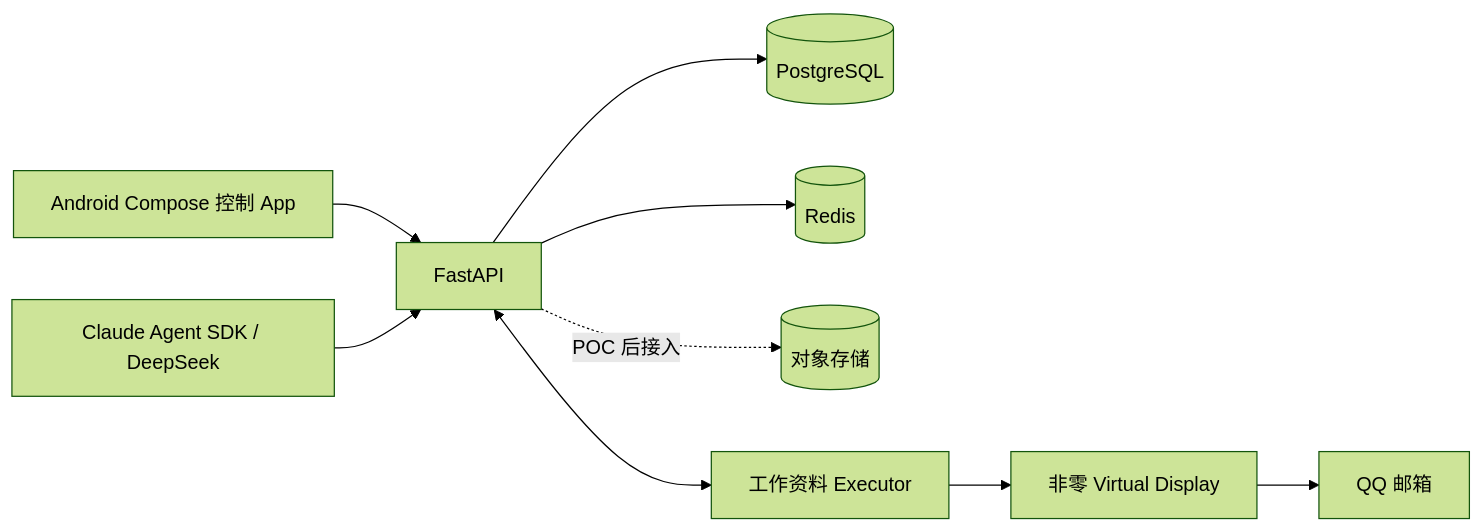
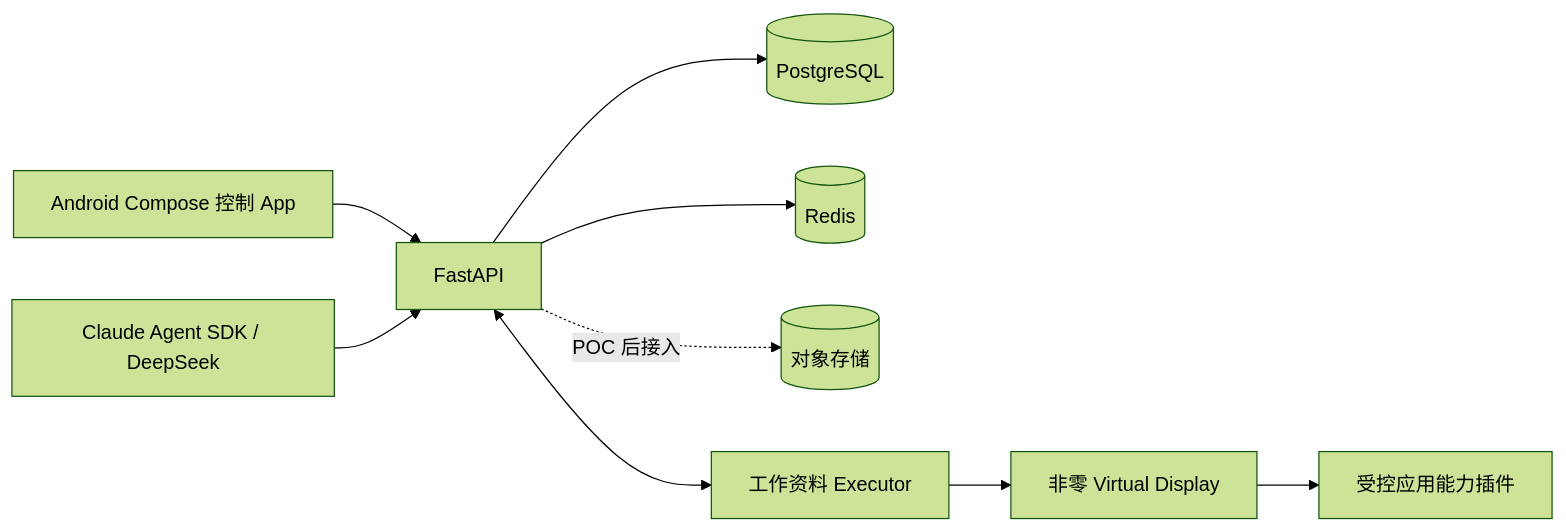
One commit to MoreThanBlueast/my-jevis changed the diagram in README.md. Above: the diagram before and after it, drawn with Mermaid (forest theme). The commit also changed other lines of this file and 41 other files, not shown here.

Commit message:
feat: add generic isolated task executor flow

````diff
--- a/README.md
+++ b/README.md
@@ -5,11 +5,11 @@
 ```mermaid
 flowchart LR
   App[Android Compose 控制 App] --> API[FastAPI]
   API --> PG[(PostgreSQL)]
   API --> Redis[(Redis)]
   API -. POC 后接入 .-> Obj[(对象存储)]
   Agent[Claude Agent SDK / DeepSeek] --> API
   API <--> Ex[工作资料 Executor]
   Ex --> VD[非零 Virtual Display]
-  VD --> QQ[QQ 邮箱]
+  VD --> Apps[受控应用能力插件]
 ```
````
